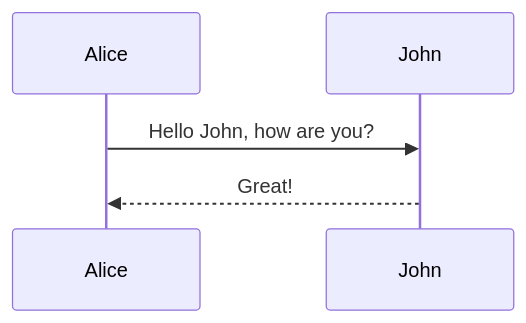
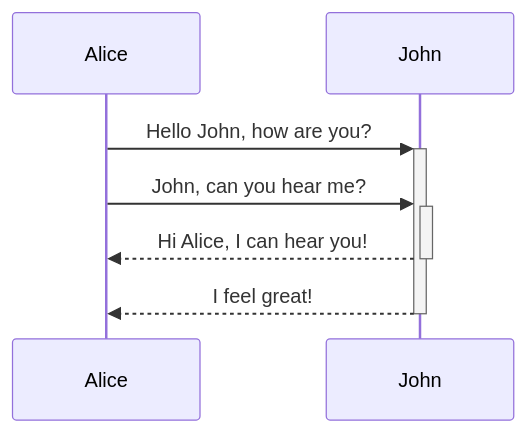
Before and after one commit to WeeBeasties/WeeBeasties.github.io: the diagram in _posts/2018-04-06-Practice-Post.md, drawn with Mermaid.

```diff
--- a/_posts/2018-04-06-Practice-Post.md
+++ b/_posts/2018-04-06-Practice-Post.md
@@ -26,5 +26,7 @@
 <div class="mermaid">  
 sequenceDiagram
-    Alice->>John: Hello John, how are you?
-    John-->>Alice: Great!
+    Alice->>+John: Hello John, how are you?
+    Alice->>+John: John, can you hear me?
+    John-->>-Alice: Hi Alice, I can hear you!
+    John-->>-Alice: I feel great!
 </div>
```
